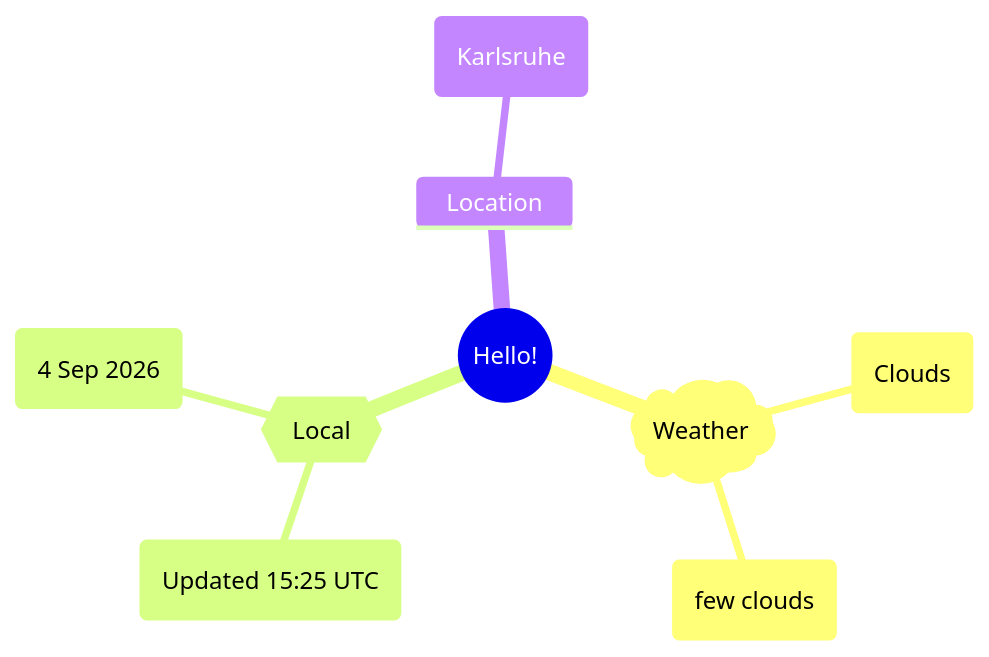
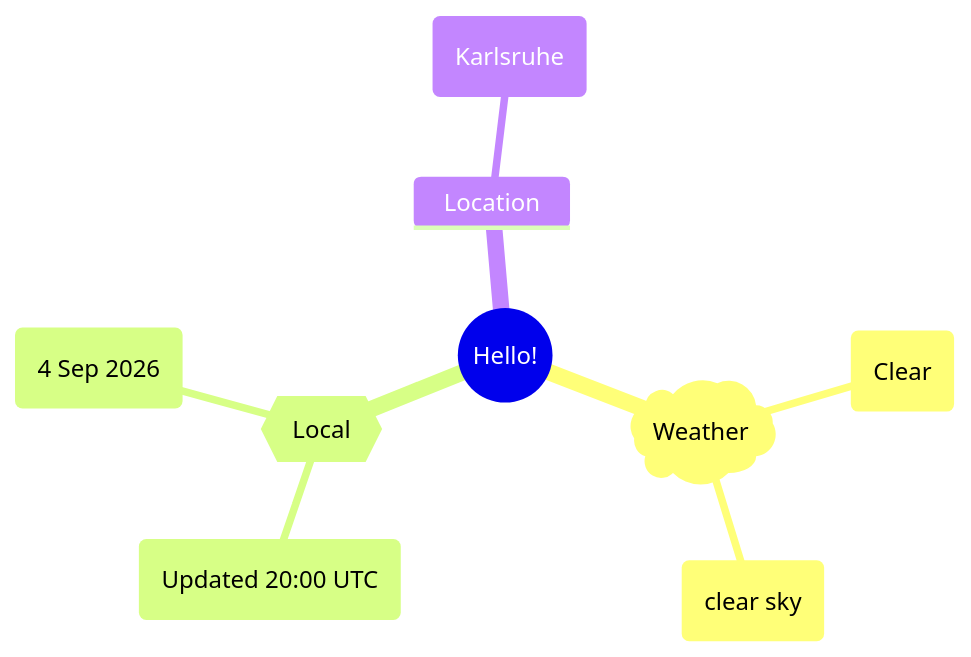
The first of 2 diagrams in README.md (Xosrov/Xosrov), drawn with Mermaid before and after one commit.

Commit message:
[bot] updated images

````diff
--- a/README.md
+++ b/README.md
@@ -3,12 +3,12 @@
 ```mermaid
 mindmap
   root((Hello!))
     )Weather(
-        (Clouds)
-        (few clouds)
+        (Clear)
+        (clear sky)
     {{Local}}
-        (Updated 15:25 UTC)
+        (Updated 20:00 UTC)
         (4 Sep 2026)
     Location
         (Karlsruhe)
 ```
````
